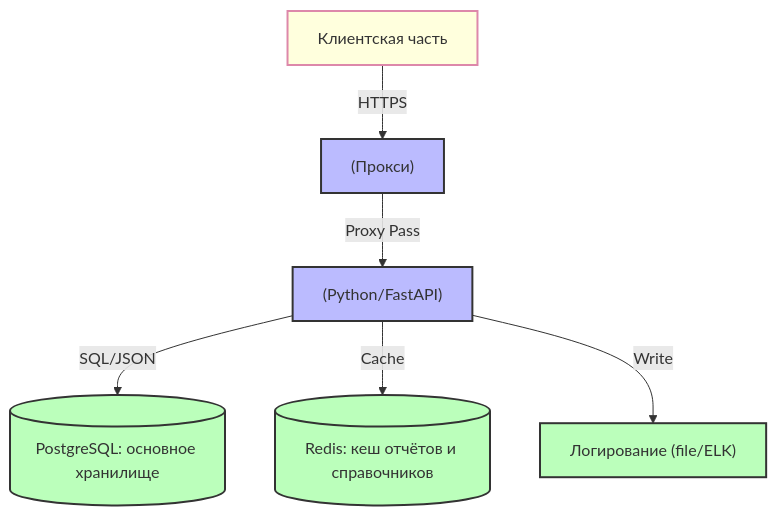
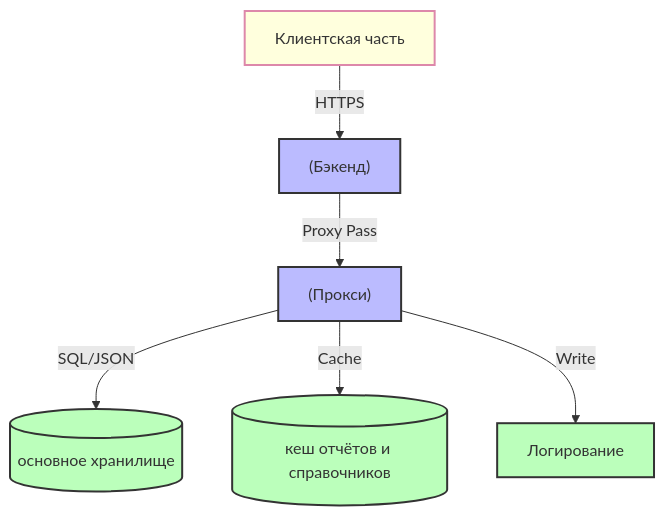
One commit to luzstrik/project-system-vvsu changed the second of 2 diagrams in 8.md. Above: the diagram before and after it, drawn with Mermaid.

````diff
--- a/8.md
+++ b/8.md
@@ -83,23 +83,23 @@
 ```mermaid
 graph TD
     Client["Клиентская часть"]
-    LB["(Прокси)"]
-    API["(Python/FastAPI)"]
-    DB[(PostgreSQL: основное хранилище)]
-    CACHE[(Redis: кеш отчётов и справочников)]
-    LOGS["Логирование (file/ELK)"]
+    LB["(Бэкенд)"]
+    API["(Прокси)"]
+    DB[(основное хранилище)]
+    CACHE[(кеш отчётов и справочников)]
+    LOGS["Логирование"]
     
     Client -->|HTTPS| LB
     LB -->|Proxy Pass| API
     API -->|SQL/JSON| DB
     API -->|Cache| CACHE
     API -->|Write| LOGS
     
     classDef client fill:#ffd,stroke:#d8a,stroke-width:2px;
     classDef server fill:#bbf,stroke:#333,stroke-width:2px;
     classDef db fill:#bfb,stroke:#333,stroke-width:2px;
     
     class Client client;
     class LB,API server;
     class DB,CACHE,LOGS db;
 ```
````
